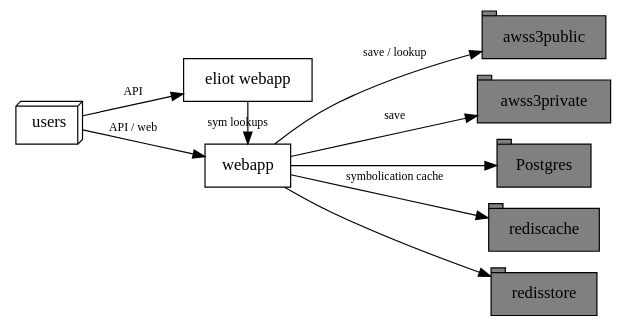
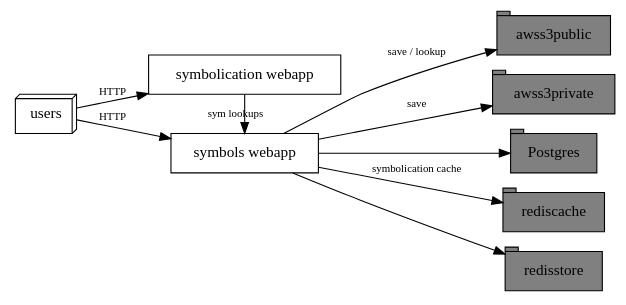
The diagram in docs/diagrams/arch.gv (mozilla-services/tecken), drawn with Graphviz before and after one commit. The commit also changed 10 other files, not shown here.

```diff
--- a/docs/diagrams/arch.gv
+++ b/docs/diagrams/arch.gv
@@ -1,47 +1,47 @@
 /*
   Tecken architecture diagram.
 
   Uses "dot" from graphviz suite to compile.
 
   After editing this, run from the parent directory:
 
       make graphviz
 
   to update images in ../images/.
 */
 digraph G {
   size="6,8";
   rankdir=LR;
   splines=lines;
 
   subgraph apps {
     rank=same;
 
-    webapp [shape=rect, label="webapp"];
-    eliotwebapp [shape=rect, label="eliot webapp"];
+    symbolswebapp [shape=rect, label="symbols webapp"];
+    symbolicationwebapp [shape=rect, label="symbolication webapp"];
   }
 
   subgraph stores {
     rank=sink;
 
     awss3public [shape=tab, labe="AWS S3 (public)", style=filled, fillcolor=gray];
     awss3private [shape=tab, labe="AWS S3 (private)", style=filled, fillcolor=gray];
     postgres [shape=tab, label="Postgres", style=filled, fillcolor=gray];
     rediscache [shape=tab, labe="Redis (cache)", style=filled, fillcolor=gray];
     redisstore [shape=tab, labe="Redis (store)", style=filled, fillcolor=gray];
   }
 
-  webapp -> postgres;
-  webapp -> rediscache [label="symbolication cache", fontsize=10];
-  webapp -> redisstore;
-  webapp -> awss3public [label="save / lookup", fontsize=10];
-  webapp -> awss3private [label="save", fontsize=10];
+  symbolswebapp -> postgres;
+  symbolswebapp -> rediscache [label="symbolication cache", fontsize=10];
+  symbolswebapp -> redisstore;
+  symbolswebapp -> awss3public [label="save / lookup", fontsize=10];
+  symbolswebapp -> awss3private [label="save", fontsize=10];
 
-  eliotwebapp -> webapp [label="sym lookups", weight=4, fontsize=10];
+  symbolicationwebapp -> symbolswebapp [label="sym lookups", weight=4, fontsize=10];
 
   client [shape=box3d, label="users"];
-  client -> webapp [label="API / web", fontsize=10];
-  client -> eliotwebapp [label="API", fontsize=10];
+  client -> symbolswebapp [label="HTTP", fontsize=10];
+  client -> symbolicationwebapp [label="HTTP", fontsize=10];
 
   { rank=source; client; }
 }
```
